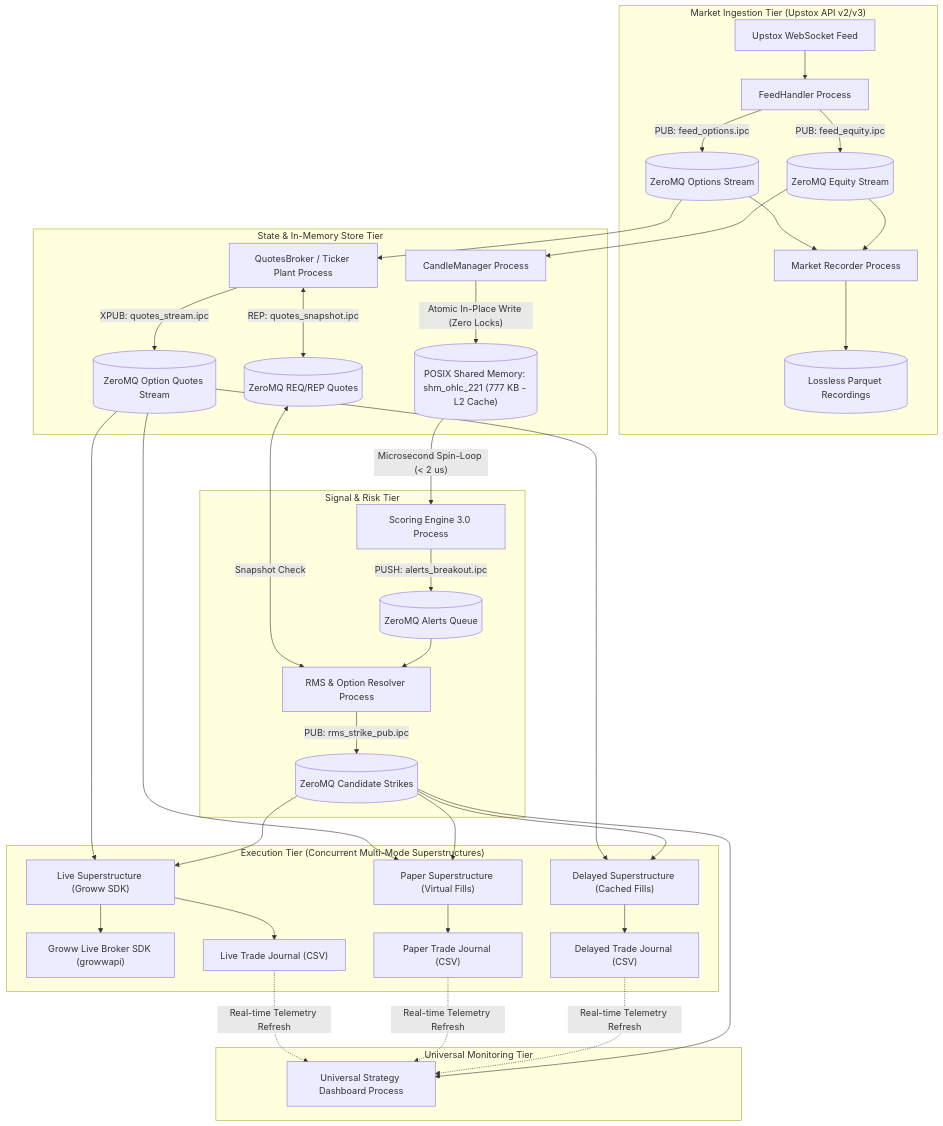
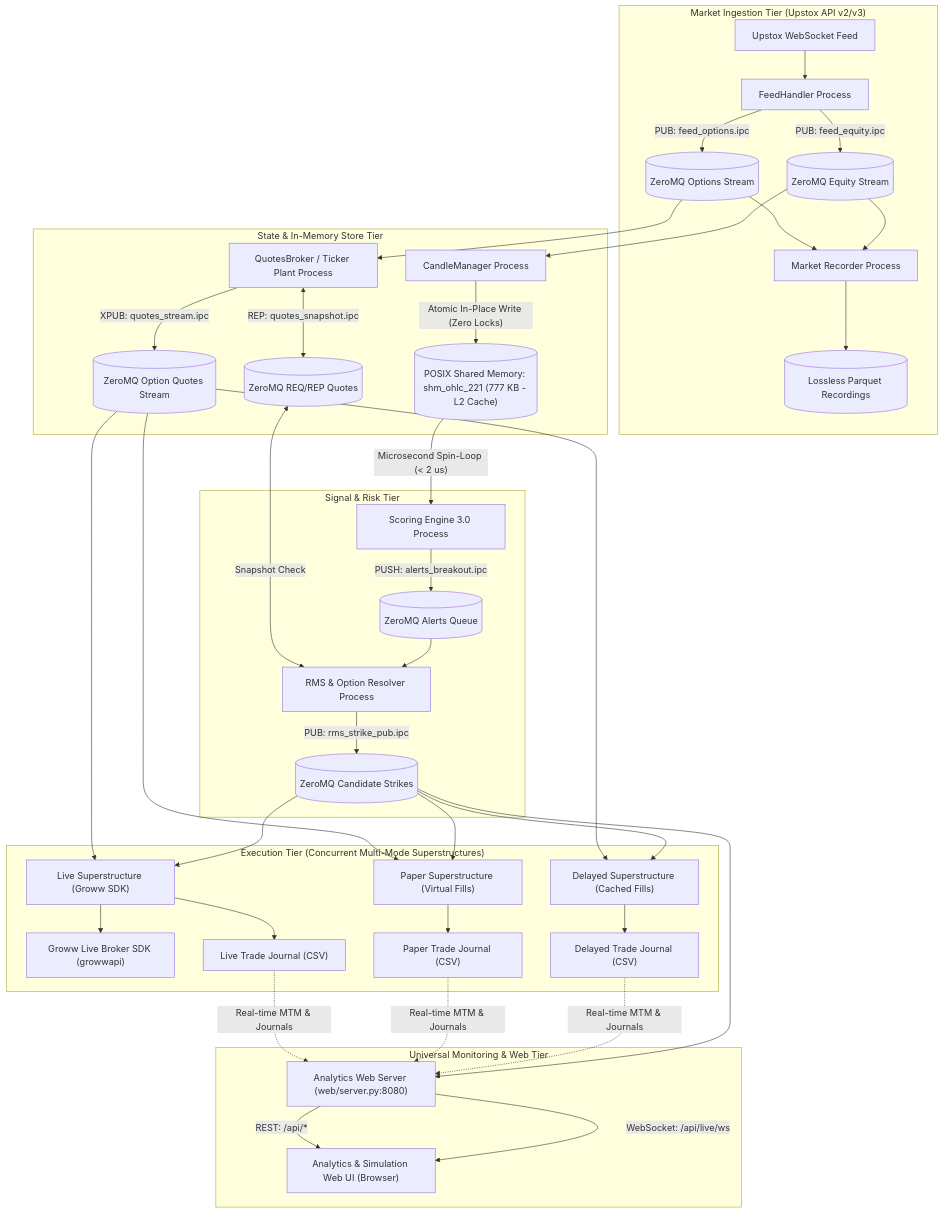
One commit to greywind7/NSE-options-screener-and-automated-trading-system changed the first of 4 diagrams in LOW_LEVEL_DESIGN_2_0.md. Above: the diagram before and after it, drawn with Mermaid. The commit also changed other lines of this file and 19 other files, not shown here.

````diff
--- a/LOW_LEVEL_DESIGN_2_0.md
+++ b/LOW_LEVEL_DESIGN_2_0.md
@@ -16,46 +16,48 @@
 ```mermaid
 flowchart TD
     subgraph Market Ingestion Tier ["Market Ingestion Tier (Upstox API v2/v3)"]
         FeedWS["Upstox WebSocket Feed"] --> FeedHandler["FeedHandler Process"]
         FeedHandler -->|PUB: feed_equity.ipc| ZMQ_EQ[("ZeroMQ Equity Stream")]
         FeedHandler -->|PUB: feed_options.ipc| ZMQ_OPT[("ZeroMQ Options Stream")]
         
         ZMQ_EQ & ZMQ_OPT --> Recorder["Market Recorder Process"]
         Recorder --> RecStore[("Lossless Parquet Recordings")]
     end
 
     subgraph State & In-Memory Store Tier
         ZMQ_EQ --> CandleMgr["CandleManager Process"]
         CandleMgr -->|"Atomic In-Place Write (Zero Locks)"| SHM[("POSIX Shared Memory: shm_ohlc_221 (777 KB - L2 Cache)")]
         
         ZMQ_OPT --> QuotesBroker["QuotesBroker / Ticker Plant Process"]
         QuotesBroker -->|XPUB: quotes_stream.ipc| ZMQ_QUOTES[("ZeroMQ Option Quotes Stream")]
         QuotesBroker <-->|REP: quotes_snapshot.ipc| QuotesSnap[("ZeroMQ REQ/REP Quotes")]
     end
 
     subgraph Signal & Risk Tier
         SHM -->|"Microsecond Spin-Loop (< 2 us)"| ScoringEng["Scoring Engine 3.0 Process"]
         ScoringEng -->|PUSH: alerts_breakout.ipc| ZMQ_ALERTS[("ZeroMQ Alerts Queue")]
         
         ZMQ_ALERTS --> RMS["RMS & Option Resolver Process"]
         QuotesSnap <-->|Snapshot Check| RMS
         RMS -->|PUB: rms_strike_pub.ipc| ZMQ_RMS[("ZeroMQ Candidate Strikes")]
     end
 
     subgraph Execution & Tracking Tier ["Execution Tier (Concurrent Multi-Mode Superstructures)"]
         ZMQ_RMS --> SuperLive["Live Superstructure (Groww SDK)"]
         ZMQ_RMS --> SuperPaper["Paper Superstructure (Virtual Fills)"]
         ZMQ_RMS --> SuperDelayed["Delayed Superstructure (Cached Fills)"]
         
         ZMQ_QUOTES --> SuperLive & SuperPaper & SuperDelayed
         SuperLive --> GrowwSDK["Groww Live Broker SDK (growwapi)"]
         SuperDelayed --> DelayedLog["Delayed Trade Journal (CSV)"]
         SuperPaper --> PaperLog["Paper Trade Journal (CSV)"]
         SuperLive --> LiveLog["Live Trade Journal (CSV)"]
     end
 
-    subgraph Universal Monitoring Tier
-        ZMQ_RMS --> Dashboard["Universal Strategy Dashboard Process"]
-        DelayedLog & PaperLog & LiveLog -.->|Real-time Telemetry Refresh| Dashboard
+    subgraph Universal Monitoring Tier ["Universal Monitoring & Web Tier"]
+        ZMQ_RMS --> WebServer["Analytics Web Server (web/server.py:8080)"]
+        DelayedLog & PaperLog & LiveLog -.->|Real-time MTM & Journals| WebServer
+        WebServer -->|WebSocket: /api/live/ws| WebUI["Analytics & Simulation Web UI (Browser)"]
+        WebServer -->|REST: /api/*| WebUI
     end
 ```
````
